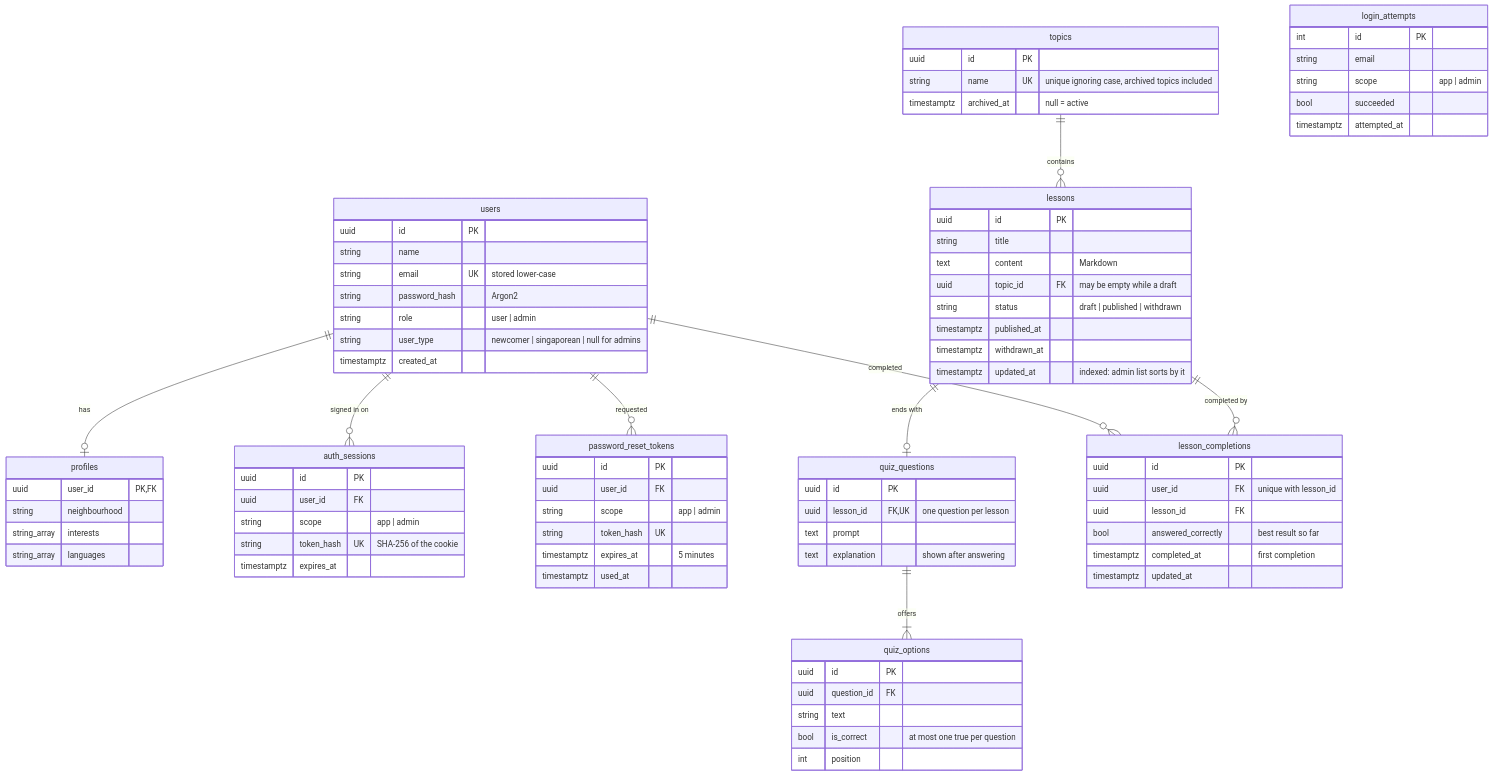
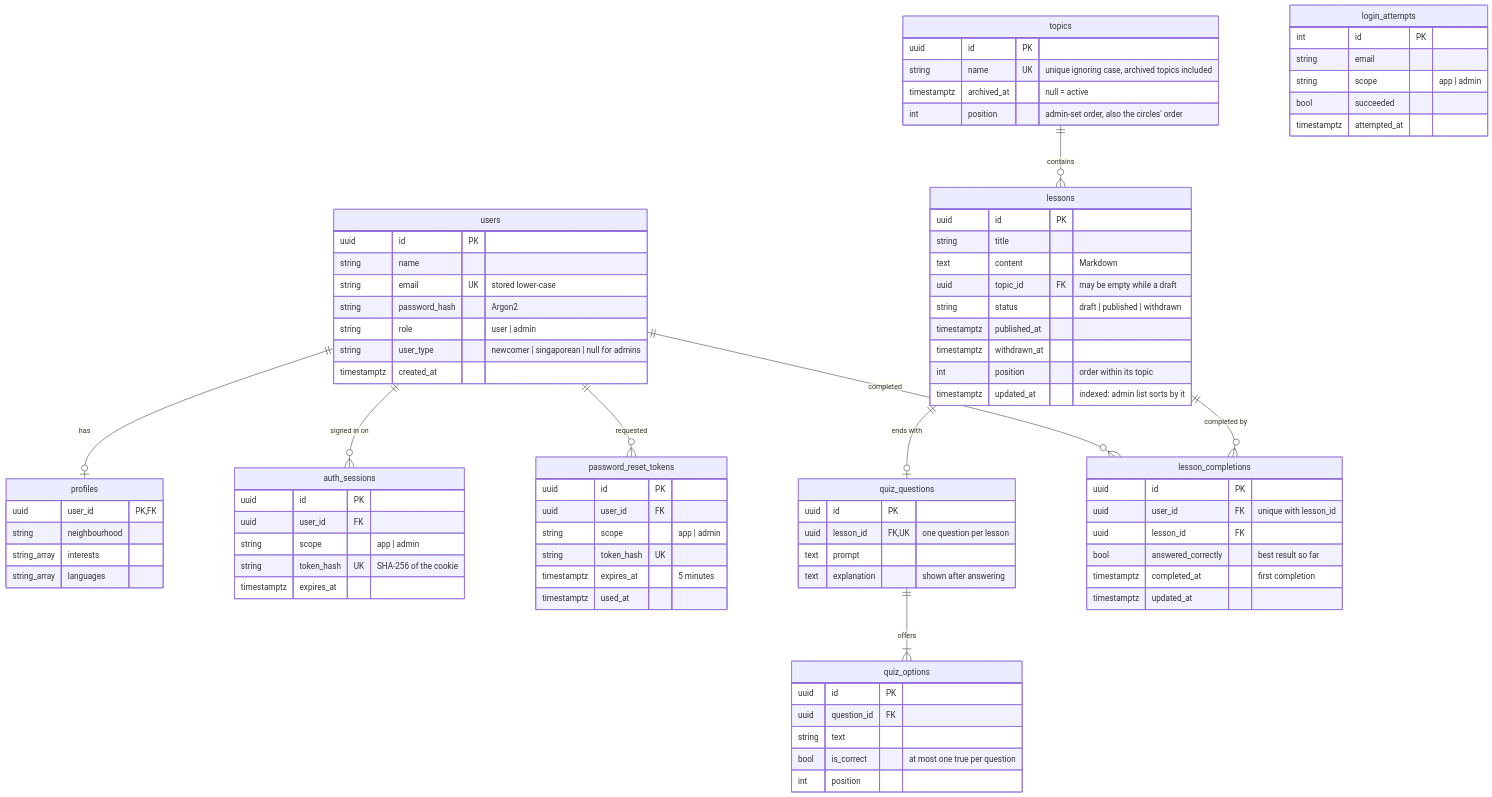
One commit to zaccymomo/sgjio changed the diagram in docs/data-model.md. Above: the diagram before and after it, drawn with Mermaid. The commit also changed other lines of this file and 14 other files, not shown here.

First line of the commit message:
SCRUM-66: let administrators set the order of topics and lessons

```diff
--- a/docs/data-model.md
+++ b/docs/data-model.md
@@ -32,6 +32,7 @@
         uuid id PK
         string name UK "unique ignoring case, archived topics included"
         timestamptz archived_at "null = active"
+        int position "admin-set order, also the circles' order"
     }
     lessons {
         uuid id PK
@@ -41,6 +42,7 @@
         string status "draft | published | withdrawn"
         timestamptz published_at
         timestamptz withdrawn_at
+        int position "order within its topic"
         timestamptz updated_at "indexed: admin list sorts by it"
     }
     quiz_questions {
```
